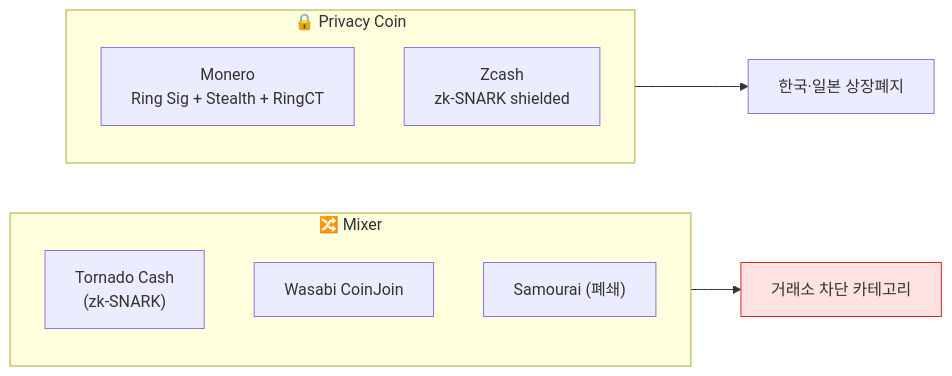
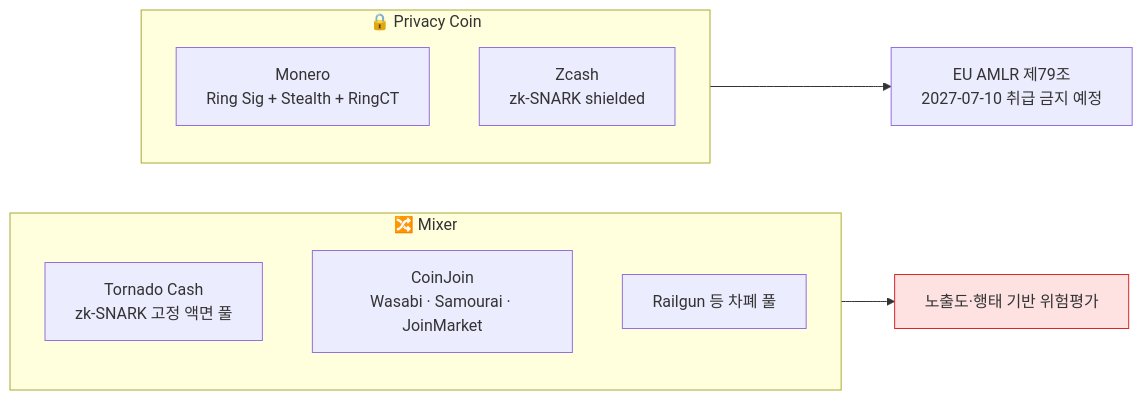
The first of 2 diagrams in curriculum/day_37.md (lala-david/aml-notes), drawn with Mermaid before and after one commit. The commit also changed other lines of this file and 233 other files, not shown here.

````diff
--- a/curriculum/day_37.md
+++ b/curriculum/day_37.md
@@ -13,15 +13,15 @@
 ```mermaid
 flowchart LR
     subgraph Mixer["🔀 Mixer"]
-        TC["Tornado Cash<br/>(zk-SNARK)"]
-        W["Wasabi CoinJoin"]
-        S["Samourai (폐쇄)"]
+        TC["Tornado Cash<br/>zk-SNARK 고정 액면 풀"]
+        W["CoinJoin<br/>Wasabi · Samourai · JoinMarket"]
+        RG["Railgun 등 차폐 풀"]
     end
     subgraph Privacy["🔒 Privacy Coin"]
         XMR["Monero<br/>Ring Sig + Stealth + RingCT"]
         ZEC["Zcash<br/>zk-SNARK shielded"]
     end
-    Mixer --> HR["거래소 차단 카테고리"]
-    Privacy --> D["한국·일본 상장폐지"]
+    Mixer --> HR["노출도·행태 기반 위험평가"]
+    Privacy --> D["EU AMLR 제79조<br/>2027-07-10 취급 금지 예정"]
     style HR fill:#fee2e2,stroke:#dc2626
 ```
````
